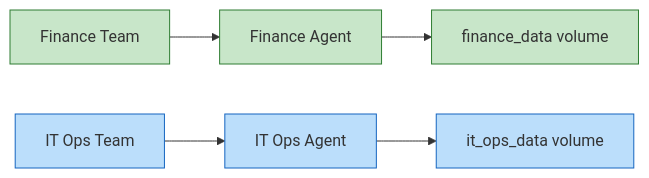
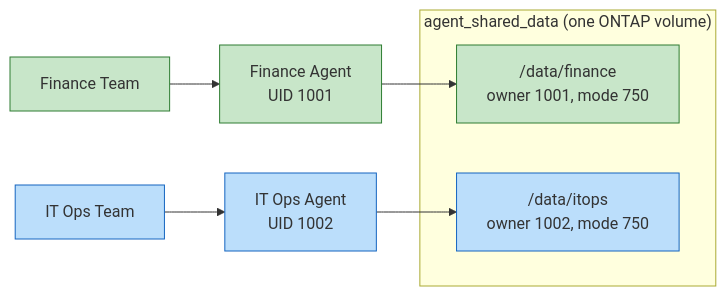
One commit to git4example/genai-fsx-netapp-ontap-workshop-on-eks-auto changed the first of 3 diagrams in content/400_module4_agentic_fsxn/450_Summary.md. Above: the diagram before and after it, drawn with Mermaid. The commit also changed other lines of this file, not shown here.

Commit message:
fix(module4): Pattern A showed two volumes, but the workshop uses one
The diagram labelled "(What You Built)" showed finance_data and it_ops_data
as separate volumes. All three agents mount the same PVC
(agent-shared-data) backed by a single ONTAP volume at /agent_data, so the
diagram contradicted the module's central claim: the boundary is POSIX
ownership on subdirectories, not separate storage.

Redrew it with both agents pointing into one volume subgraph, showing the
UID and mode on each subdirectory, and said so explicitly in the use-case
line.

Added a dropdown on when a volume per team is the better choice (per-team
quotas, snapshot schedules, SnapMirror relationships, export policies) so
the pattern is not dismissed -- it is a real design option, just not the one
this module demonstrates.

Patterns B and C are unchanged. They are forward-looking extensions rather
than descriptions of what was built, and separate SnapMirror destination
volumes are correct in that context.

````diff
--- a/content/400_module4_agentic_fsxn/450_Summary.md
+++ b/content/400_module4_agentic_fsxn/450_Summary.md
@@ -43,13 +43,20 @@
 ```mermaid
 flowchart LR
-    FT["Finance Team"] --> FA["Finance Agent"] --> FV["finance_data volume"]
-    IT["IT Ops Team"] --> IA["IT Ops Agent"] --> IV["it_ops_data volume"]
-    
+    FT["Finance Team"] --> FA["Finance Agent<br/>UID 1001"]
+    IT["IT Ops Team"] --> IA["IT Ops Agent<br/>UID 1002"]
+
+    subgraph VOL["agent_shared_data (one ONTAP volume)"]
+        FV["/data/finance<br/>owner 1001, mode 750"]
+        IV["/data/itops<br/>owner 1002, mode 750"]
+    end
+
+    FA --> FV
+    IA --> IV
+
     style FT fill:#c8e6c9,stroke:#2e7d32
     style FA fill:#c8e6c9,stroke:#2e7d32
     style FV fill:#c8e6c9,stroke:#2e7d32
     style IT fill:#bbdefb,stroke:#1565c0
     style IA fill:#bbdefb,stroke:#1565c0
     style IV fill:#bbdefb,stroke:#1565c0
-
 ```
````
